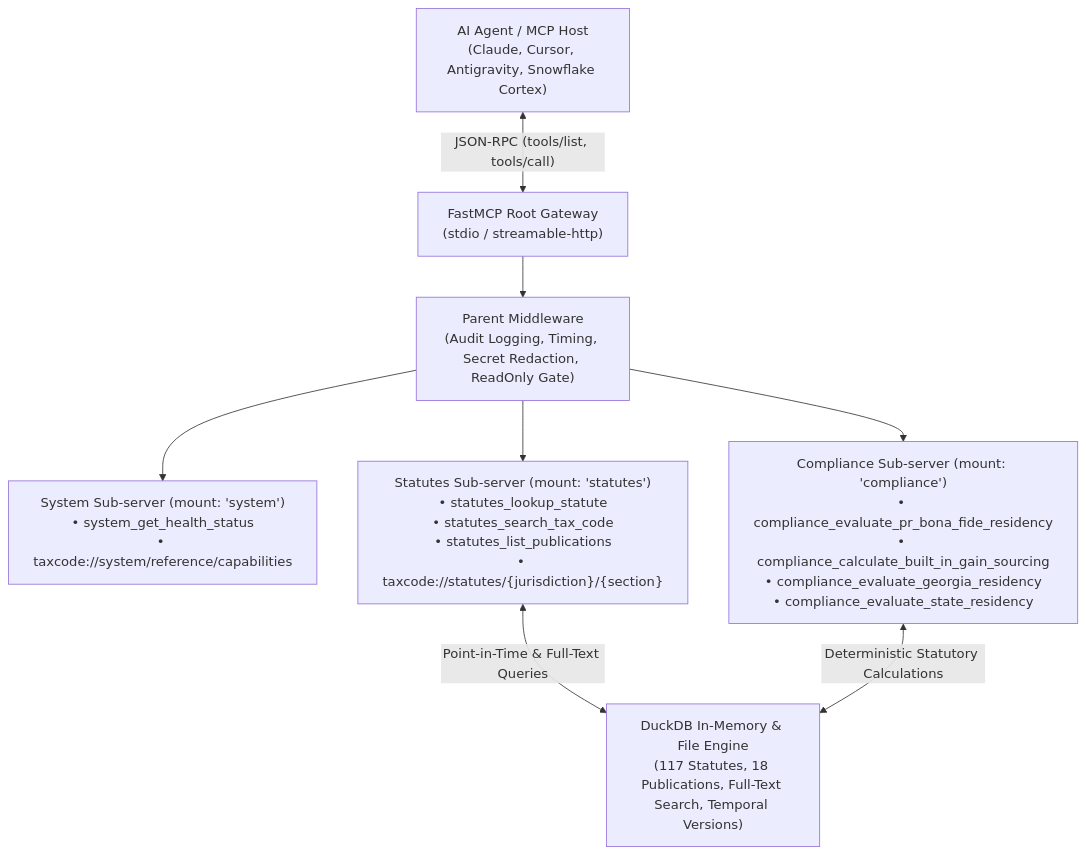
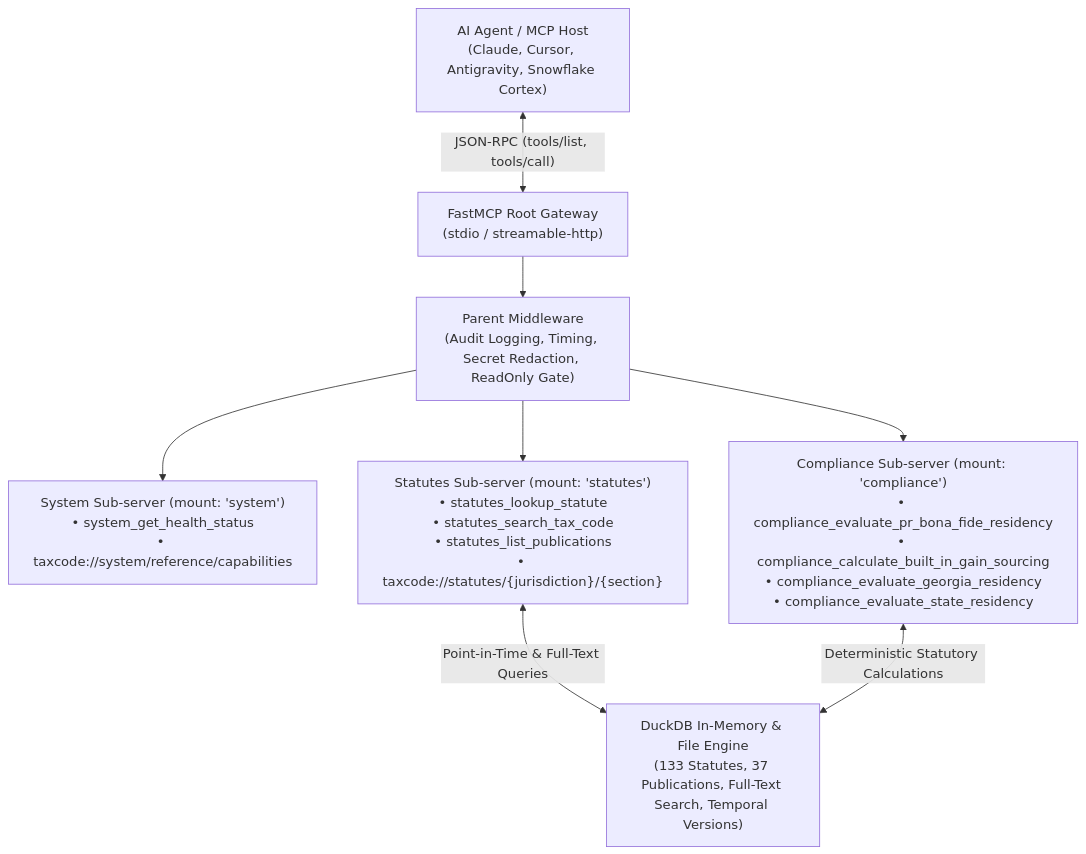
One commit to christianclaudio/mcp-server-taxcode changed the diagram in README.md. Above: the diagram before and after it, drawn with Mermaid. The commit also changed 28 other files, not shown here.

````diff
--- a/README.md
+++ b/README.md
@@ -22,18 +22,18 @@
 ```mermaid
 graph TD
     Client["AI Agent / MCP Host<br>(Claude, Cursor, Antigravity, Snowflake Cortex)"]
     Gateway["FastMCP Root Gateway<br>(stdio / streamable-http)"]
     ParentMW["Parent Middleware<br>(Audit Logging, Timing, Secret Redaction, ReadOnly Gate)"]
     SysSub["System Sub-server (mount: 'system')<br>• system_get_health_status<br>• taxcode://system/reference/capabilities"]
     StatSub["Statutes Sub-server (mount: 'statutes')<br>• statutes_lookup_statute<br>• statutes_search_tax_code<br>• statutes_list_publications<br>• taxcode://statutes/{jurisdiction}/{section}"]
     CompSub["Compliance Sub-server (mount: 'compliance')<br>• compliance_evaluate_pr_bona_fide_residency<br>• compliance_calculate_built_in_gain_sourcing<br>• compliance_evaluate_georgia_residency<br>• compliance_evaluate_state_residency"]
-    DuckDB["DuckDB In-Memory & File Engine<br>(117 Statutes, 18 Publications, Full-Text Search, Temporal Versions)"]
+    DuckDB["DuckDB In-Memory & File Engine<br>(133 Statutes, 37 Publications, Full-Text Search, Temporal Versions)"]
 
     Client <-->|"JSON-RPC (tools/list, tools/call)"| Gateway
     Gateway --> ParentMW
     ParentMW --> SysSub
     ParentMW --> StatSub
     ParentMW --> CompSub
     StatSub <-->|"Point-in-Time & Full-Text Queries"| DuckDB
     CompSub <-->|"Deterministic Statutory Calculations"| DuckDB
 ```
````
